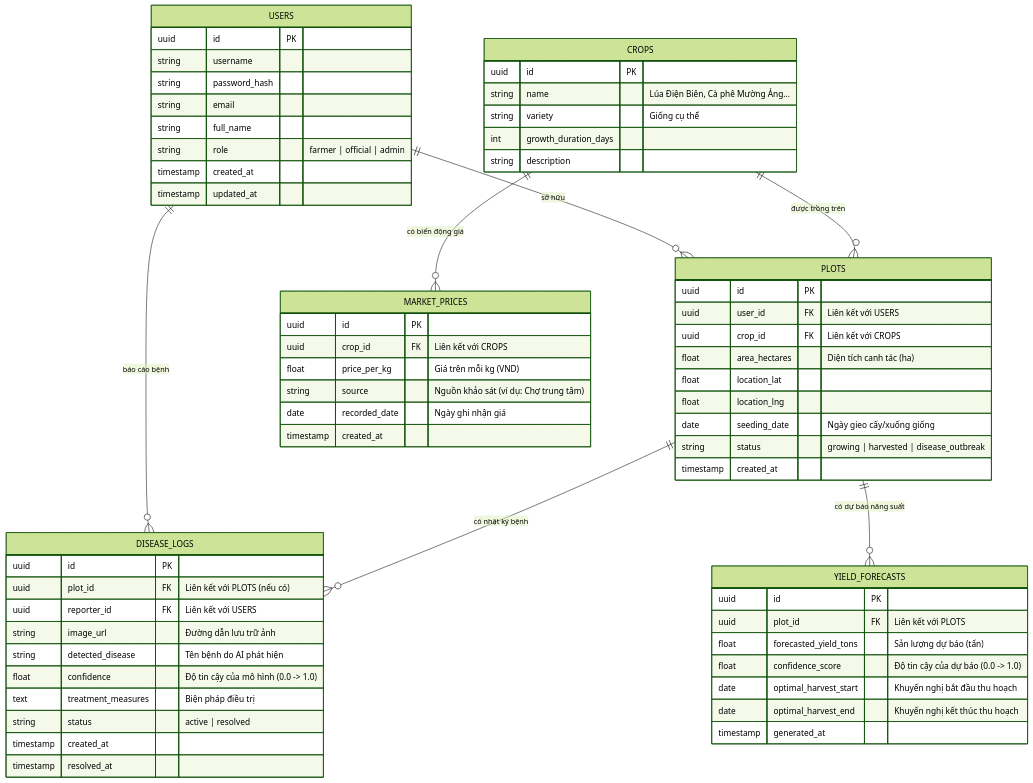
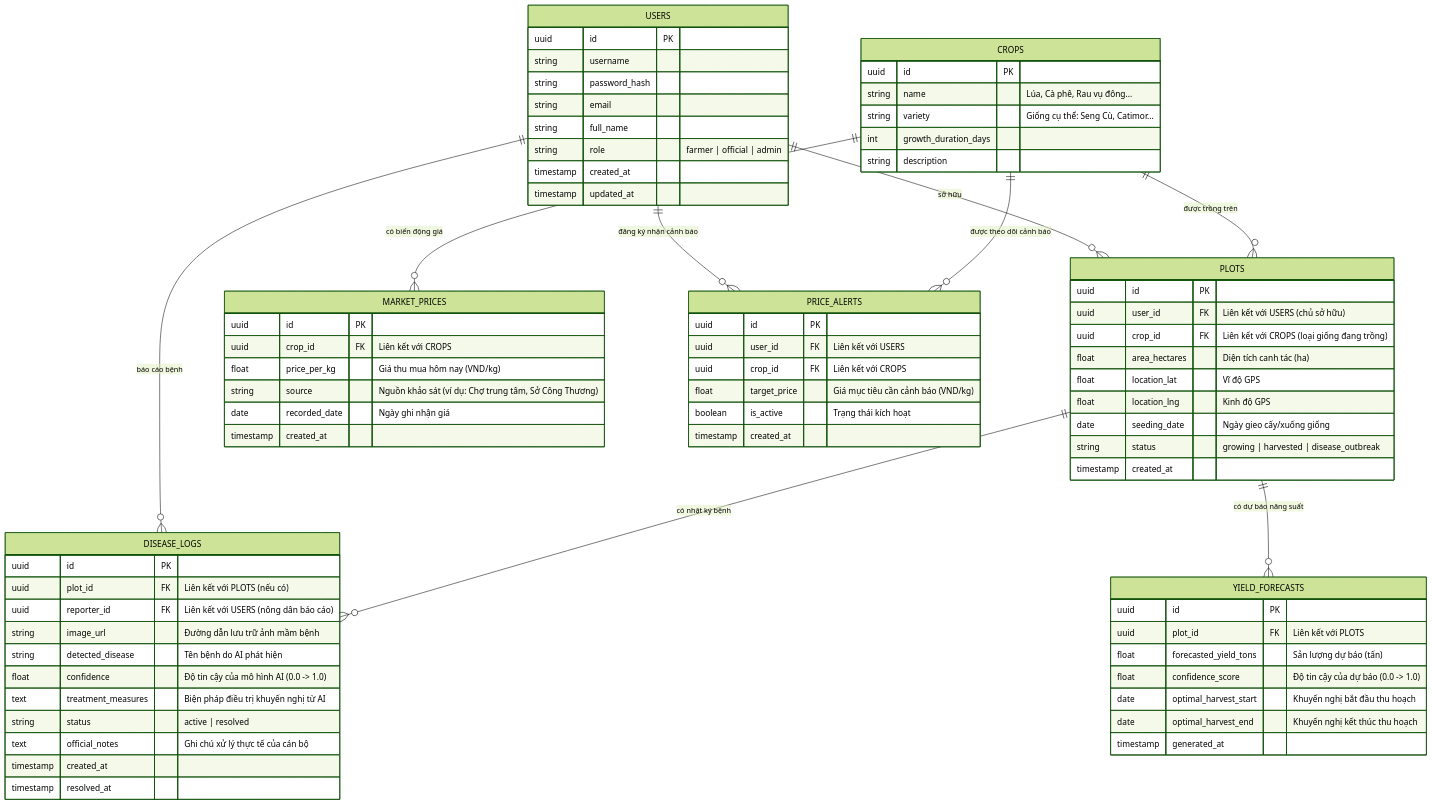
The diagram in docs/1.2 Thiết kế Cơ sở Dữ liệu.md (tuanphilip/VAIC2026-ArgiAI), drawn with Mermaid (forest theme) before and after one commit. The commit also changed other lines of this file and 47 other files, not shown here.

````diff
--- a/docs/1.2 Thiết kế Cơ sở Dữ liệu.md
+++ b/docs/1.2 Thiết kế Cơ sở Dữ liệu.md
@@ -19,19 +21,19 @@
 
     CROPS {
         uuid id PK
-        string name "Lúa Điện Biên, Cà phê Mường Ảng..."
-        string variety "Giống cụ thể"
+        string name "Lúa, Cà phê, Rau vụ đông..."
+        string variety "Giống cụ thể: Seng Cù, Catimor..."
         int growth_duration_days
         string description
     }
 
     PLOTS {
         uuid id PK
-        uuid user_id FK "Liên kết với USERS"
-        uuid crop_id FK "Liên kết với CROPS"
+        uuid user_id FK "Liên kết với USERS (chủ sở hữu)"
+        uuid crop_id FK "Liên kết với CROPS (loại giống đang trồng)"
         float area_hectares "Diện tích canh tác (ha)"
-        float location_lat
-        float location_lng
+        float location_lat "Vĩ độ GPS"
+        float location_lng "Kinh độ GPS"
         date seeding_date "Ngày gieo cấy/xuống giống"
         string status "growing | harvested | disease_outbreak"
         timestamp created_at
@@ -40,12 +42,13 @@
     DISEASE_LOGS {
         uuid id PK
         uuid plot_id FK "Liên kết với PLOTS (nếu có)"
-        uuid reporter_id FK "Liên kết với USERS"
-        string image_url "Đường dẫn lưu trữ ảnh"
+        uuid reporter_id FK "Liên kết với USERS (nông dân báo cáo)"
+        string image_url "Đường dẫn lưu trữ ảnh mầm bệnh"
         string detected_disease "Tên bệnh do AI phát hiện"
-        float confidence "Độ tin cậy của mô hình (0.0 -> 1.0)"
-        text treatment_measures "Biện pháp điều trị"
+        float confidence "Độ tin cậy của mô hình AI (0.0 -> 1.0)"
+        text treatment_measures "Biện pháp điều trị khuyến nghị từ AI"
         string status "active | resolved"
+        text official_notes "Ghi chú xử lý thực tế của cán bộ"
         timestamp created_at
         timestamp resolved_at
     }
@@ -63,16 +66,27 @@
     MARKET_PRICES {
         uuid id PK
         uuid crop_id FK "Liên kết với CROPS"
-        float price_per_kg "Giá trên mỗi kg (VND)"
-        string source "Nguồn khảo sát (ví dụ: Chợ trung tâm)"
+        float price_per_kg "Giá thu mua hôm nay (VND/kg)"
+        string source "Nguồn khảo sát (ví dụ: Chợ trung tâm, Sở Công Thương)"
         date recorded_date "Ngày ghi nhận giá"
+        timestamp created_at
+    }
+
+    PRICE_ALERTS {
+        uuid id PK
+        uuid user_id FK "Liên kết với USERS"
+        uuid crop_id FK "Liên kết với CROPS"
+        float target_price "Giá mục tiêu cần cảnh báo (VND/kg)"
+        boolean is_active "Trạng thái kích hoạt"
         timestamp created_at
     }
 
     USERS ||--o{ PLOTS : "sở hữu"
     USERS ||--o{ DISEASE_LOGS : "báo cáo bệnh"
+    USERS ||--o{ PRICE_ALERTS : "đăng ký nhận cảnh báo"
     CROPS ||--o{ PLOTS : "được trồng trên"
     CROPS ||--o{ MARKET_PRICES : "có biến động giá"
+    CROPS ||--o{ PRICE_ALERTS : "được theo dõi cảnh báo"
     PLOTS ||--o{ DISEASE_LOGS : "có nhật ký bệnh"
     PLOTS ||--o{ YIELD_FORECASTS : "có dự báo năng suất"
 ```
````
